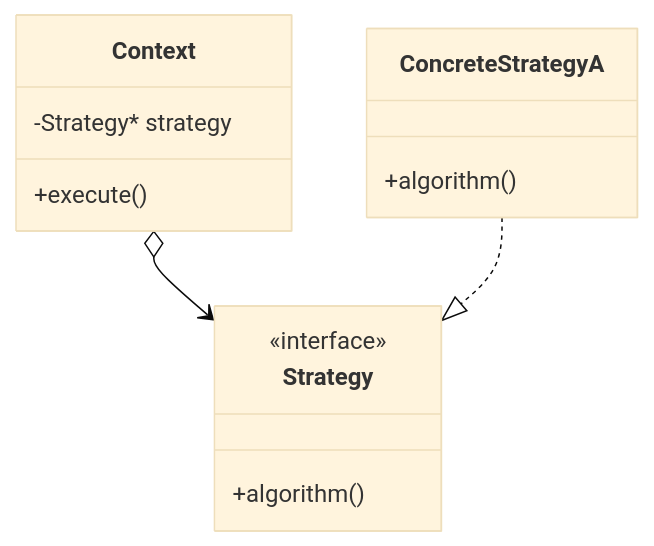
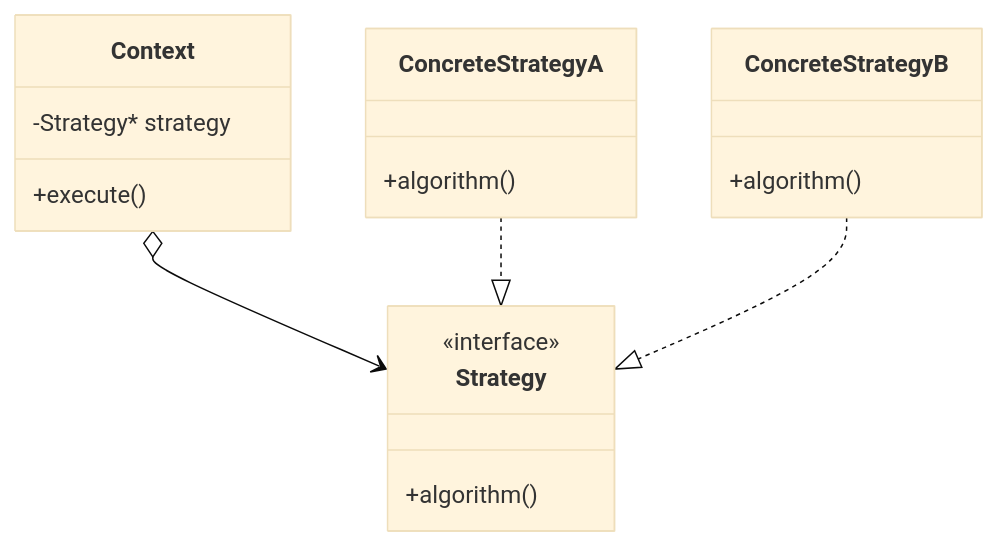
One commit to kumachan1101-pixel/DesignPattern changed the fourth of 4 diagrams in kindle/design-patterns/output/chapter01.md. Above: the diagram before and after it, drawn with Mermaid (base theme). The commit also changed other lines of this file and 2 other files, not shown here.

````diff
--- a/kindle/design-patterns/output/chapter01.md
+++ b/kindle/design-patterns/output/chapter01.md
@@ -1502,17 +961,20 @@
 ```mermaid
 classDiagram
     class Context {
         -Strategy* strategy
         +execute()
     }
     class Strategy {
         <<interface>>
         +algorithm()
     }
     class ConcreteStrategyA {
         +algorithm()
     }
+    class ConcreteStrategyB {
+        +algorithm()
+    }
     Context o--> Strategy
     ConcreteStrategyA ..|> Strategy
-
+    ConcreteStrategyB ..|> Strategy
 ```
````
